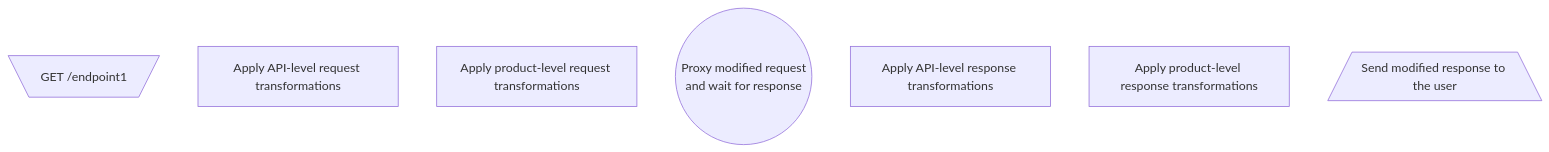
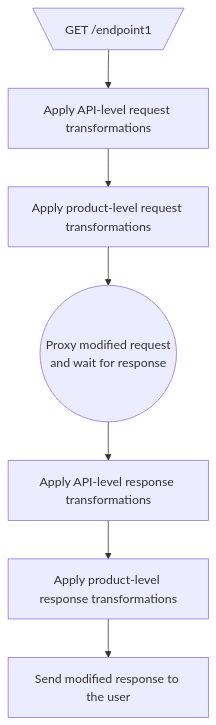
The diagram in api-management/transformations.mdx (olschaefer/docs), drawn with Mermaid before and after one commit.

Commit message:
Documentation edits made through Mintlify web editor

````diff
--- a/api-management/transformations.mdx
+++ b/api-management/transformations.mdx
@@ -25,16 +25,22 @@
 ```mermaid
 graph TD
   input[\"GET /endpoint1"/]
   
   apply_api_req_tfs[Apply API-level request transformations]
   apply_product_req_tfs[Apply product-level request transformations]
   
   proxy_and_wait(("Proxy modified request
   and wait for response"))
   
   apply_api_resp_tfs[Apply API-level response transformations]
   apply_product_resp_tfs[Apply product-level response transformations]
   
-  send_response[/Send modified response to the user\]
-
+  send_response[Send modified response to the user]
+  
+  input --> apply_api_req_tfs
+  apply_api_req_tfs --> apply_product_req_tfs
+  apply_product_req_tfs --> proxy_and_wait
+  proxy_and_wait --> apply_api_resp_tfs
+  apply_api_resp_tfs --> apply_product_resp_tfs
+  apply_product_resp_tfs --> send_response
 ```
````
